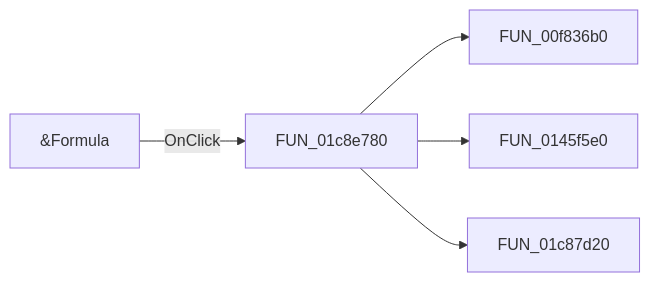
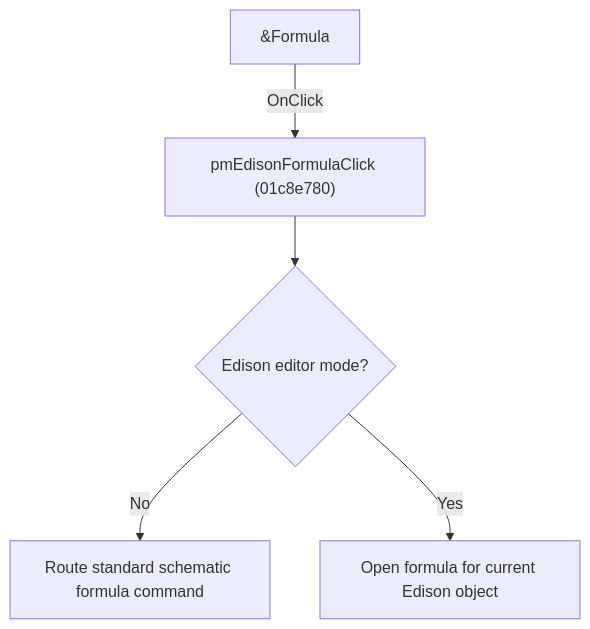
The diagram in docs/ui-controls/schematiceditor/pmedisonformula-778099074d.md (MovGP0/TIARA), drawn with Mermaid before and after one commit. The commit also changed other lines of this file and 1062 other files, not shown here.

````diff
--- a/docs/ui-controls/schematiceditor/pmedisonformula-778099074d.md
+++ b/docs/ui-controls/schematiceditor/pmedisonformula-778099074d.md
@@ -27,7 +27,7 @@
 ```mermaid
-flowchart LR
-    control["&Formula"] -->|OnClick| handler["FUN_01c8e780"]
-    handler --> call1["FUN_00f836b0"]
-    handler --> call2["FUN_0145f5e0"]
-    handler --> call3["FUN_01c87d20"]
+flowchart TD
+    control["&Formula"] -->|"OnClick"| handler["pmEdisonFormulaClick (01c8e780)"]
+    handler --> context{"Edison editor mode?"}
+    context -->|"No"| normal["Route standard schematic formula command"]
+    context -->|"Yes"| edison["Open formula for current Edison object"]
 ```
````
